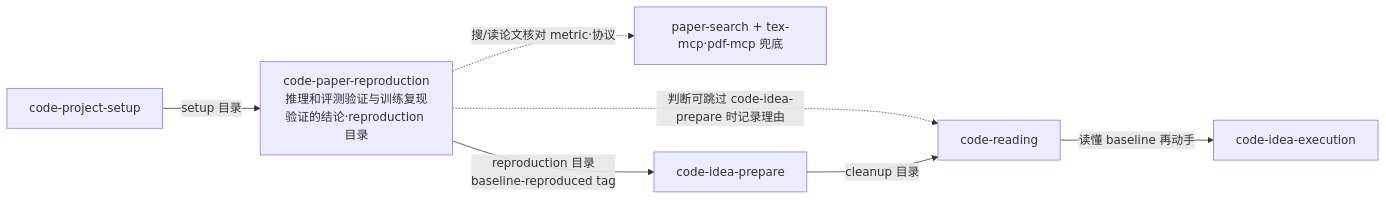
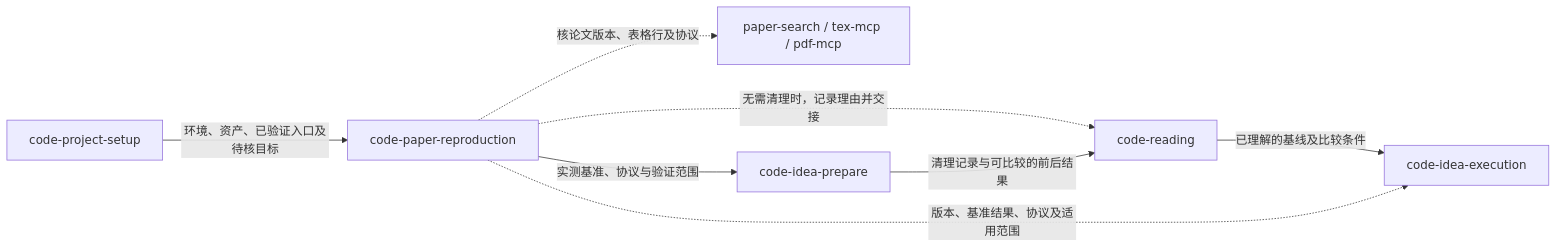
The first of 2 diagrams in plugins/dl-assistant/skills/code-paper-reproduction/SKILL.md (jackwang0108/dl-assistant), drawn with Mermaid before and after one commit. The commit also changed other lines of this file and 8 other files, not shown here.

Commit message:
Rework paper reproduction and baseline handoff

````diff
--- a/plugins/dl-assistant/skills/code-paper-reproduction/SKILL.md
+++ b/plugins/dl-assistant/skills/code-paper-reproduction/SKILL.md
@@ -60,10 +14,10 @@
 ```mermaid
 flowchart LR
-    CPS[code-project-setup] -->|setup 目录| CPR
-    CPR["code-paper-reproduction<br/>推理和评测验证与训练复现验证的结论·reproduction 目录"]
-    CPR -.->|搜/读论文核对 metric·协议| TOOLS["paper-search + tex-mcp·pdf-mcp 兜底"]
-    CPR -->|reproduction 目录<br/>baseline-reproduced tag| CIP[code-idea-prepare]
-    CPR -.->|判断可跳过 code-idea-prepare 时记录理由| CR
-    CIP -->|cleanup 目录| CR[code-reading]
-    CR -->|读懂 baseline 再动手| EX[code-idea-execution]
+    SETUP["code-project-setup"] -->|"环境、资产、已验证入口及待核目标"| REPRO["code-paper-reproduction"]
+    REPRO -.->|"核论文版本、表格行及协议"| PAPERS["paper-search / tex-mcp / pdf-mcp"]
+    REPRO -->|"实测基准、协议与验证范围"| PREPARE["code-idea-prepare"]
+    REPRO -.->|"无需清理时，记录理由并交接"| READING["code-reading"]
+    PREPARE -->|"清理记录与可比较的前后结果"| READING
+    READING -->|"已理解的基线及比较条件"| EXECUTION["code-idea-execution"]
+    REPRO -.->|"版本、基准结果、协议及适用范围"| EXECUTION
 ```
````
